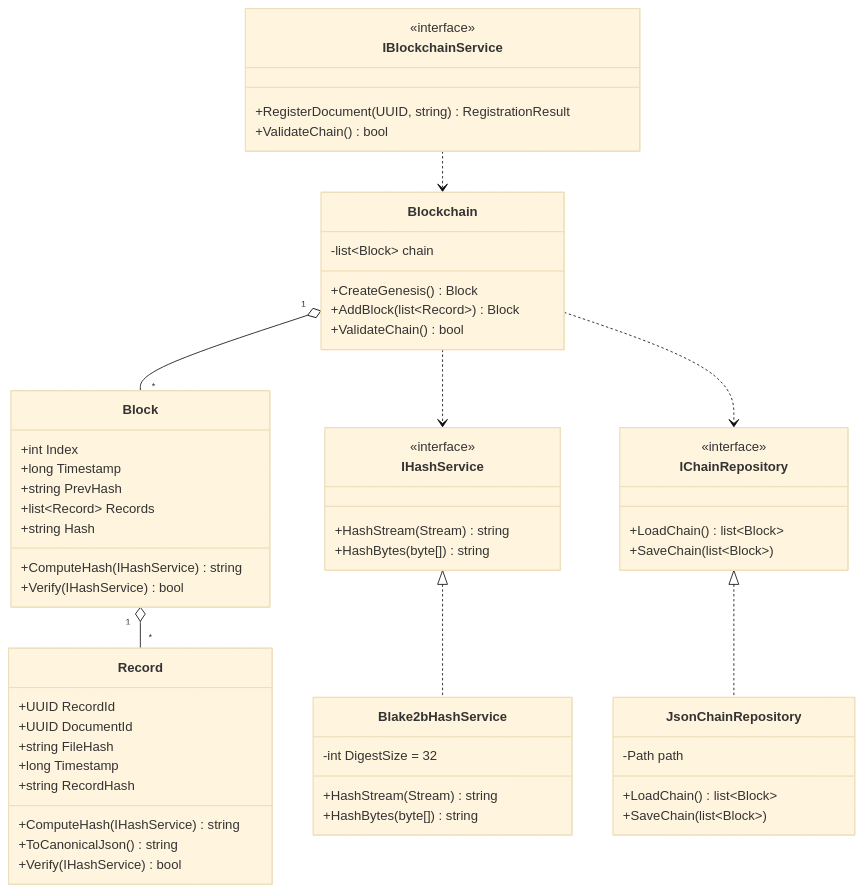
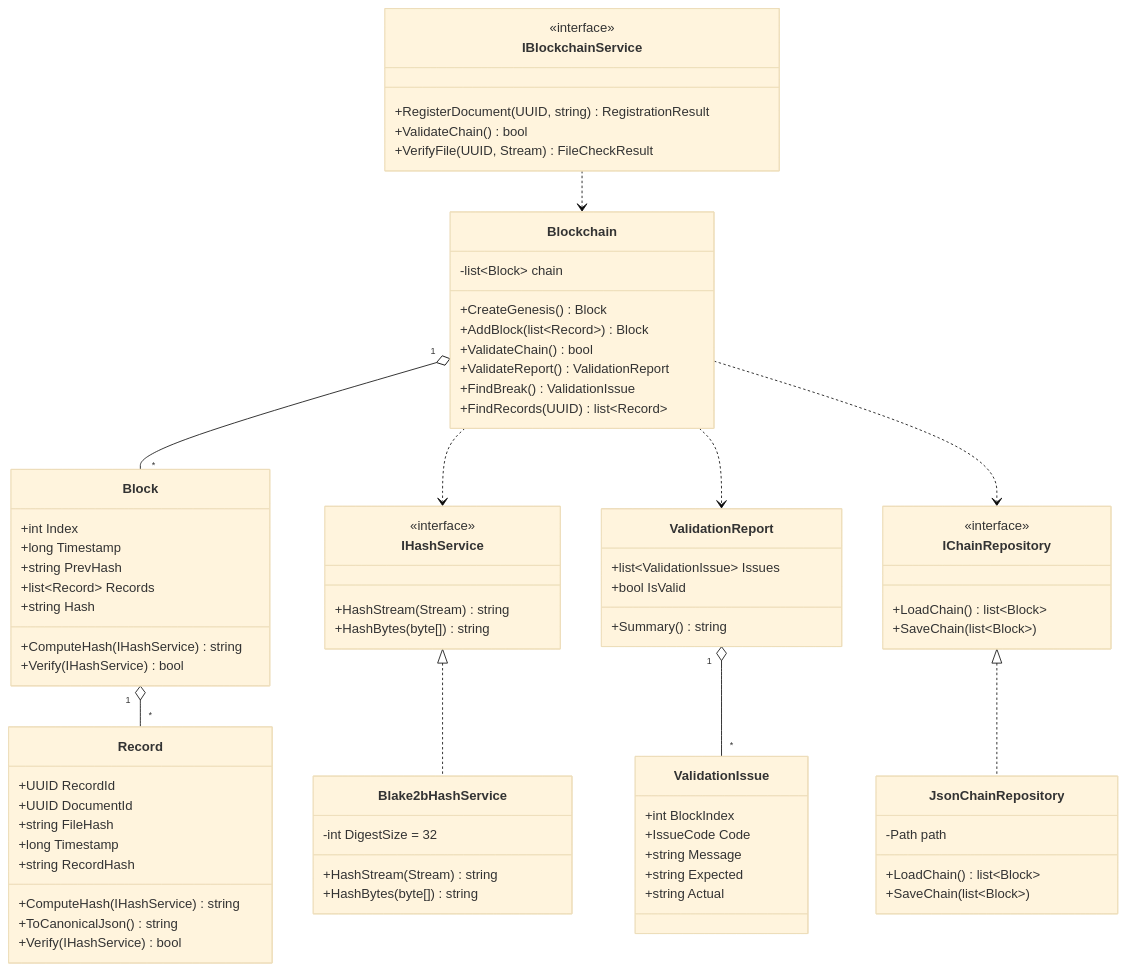
One commit to ShadowNetwork713/file_transfer_service changed the third of 5 diagrams in docs/06-diagrams.md. Above: the diagram before and after it, drawn with Mermaid (base theme). The commit also changed 1 other file, not shown here.

Commit message:
docs(blockchain): сценарии демо, критерии приёмки спринта 3, диаграмма классов SER-66

````diff
--- a/docs/06-diagrams.md
+++ b/docs/06-diagrams.md
@@ -71,61 +71,79 @@
 ```mermaid
 classDiagram
     class IHashService {
         <<interface>>
         +HashStream(Stream) string
         +HashBytes(byte[]) string
     }
     class Blake2bHashService {
         -int DigestSize = 32
         +HashStream(Stream) string
         +HashBytes(byte[]) string
     }
     class Record {
         +UUID RecordId
         +UUID DocumentId
         +string FileHash
         +long Timestamp
         +string RecordHash
         +ComputeHash(IHashService) string
         +ToCanonicalJson() string
         +Verify(IHashService) bool
     }
     class Block {
         +int Index
         +long Timestamp
         +string PrevHash
         +list~Record~ Records
         +string Hash
         +ComputeHash(IHashService) string
         +Verify(IHashService) bool
     }
     class Blockchain {
         -list~Block~ chain
         +CreateGenesis() Block
         +AddBlock(list~Record~) Block
         +ValidateChain() bool
+        +ValidateReport() ValidationReport
+        +FindBreak() ValidationIssue
+        +FindRecords(UUID) list~Record~
+    }
+    class ValidationReport {
+        +list~ValidationIssue~ Issues
+        +bool IsValid
+        +Summary() string
+    }
+    class ValidationIssue {
+        +int BlockIndex
+        +IssueCode Code
+        +string Message
+        +string Expected
+        +string Actual
     }
     class IBlockchainService {
         <<interface>>
         +RegisterDocument(UUID, string) RegistrationResult
         +ValidateChain() bool
+        +VerifyFile(UUID, Stream) FileCheckResult
     }
     class IChainRepository {
         <<interface>>
         +LoadChain() list~Block~
         +SaveChain(list~Block~)
     }
     class JsonChainRepository {
         -Path path
         +LoadChain() list~Block~
         +SaveChain(list~Block~)
     }
 
     IHashService <|.. Blake2bHashService
     IChainRepository <|.. JsonChainRepository
     Blockchain "1" o-- "*" Block
     Block "1" o-- "*" Record
     Blockchain ..> IHashService
+    Blockchain ..> ValidationReport
+    ValidationReport "1" o-- "*" ValidationIssue
     IBlockchainService ..> Blockchain
     Blockchain ..> IChainRepository
 ```
````
